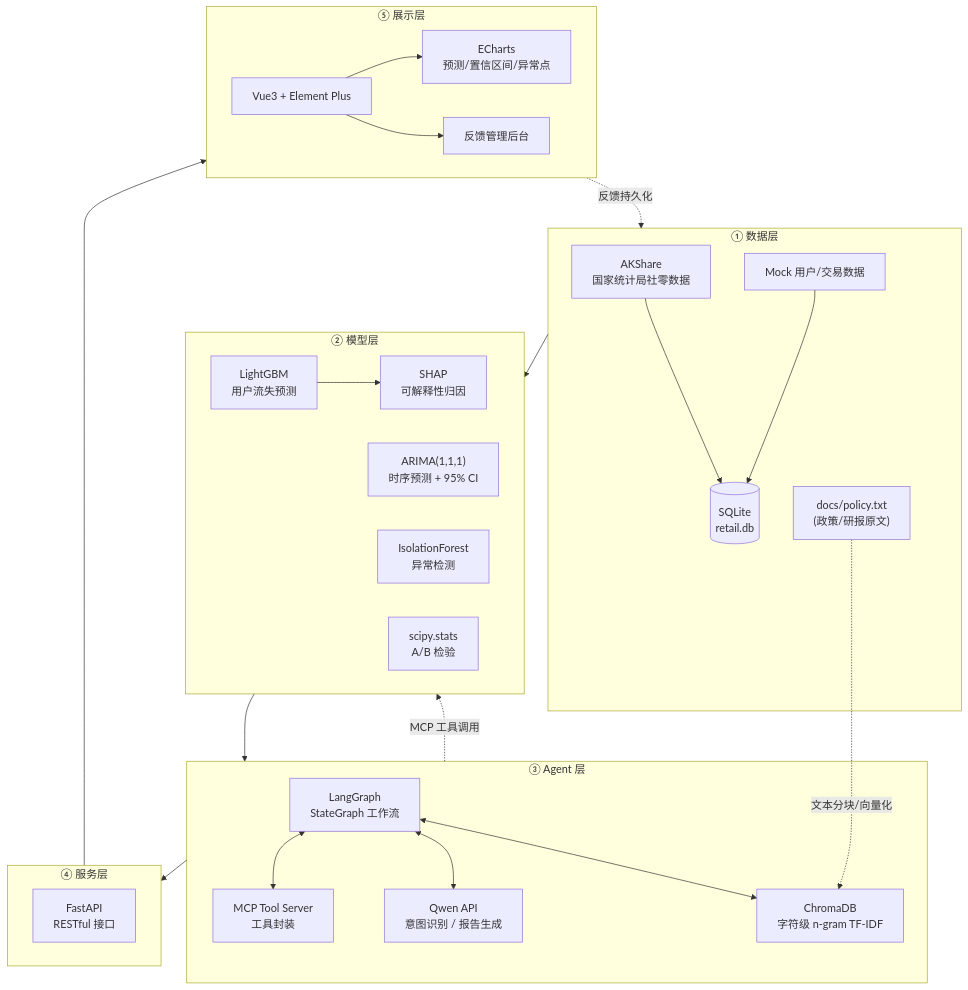
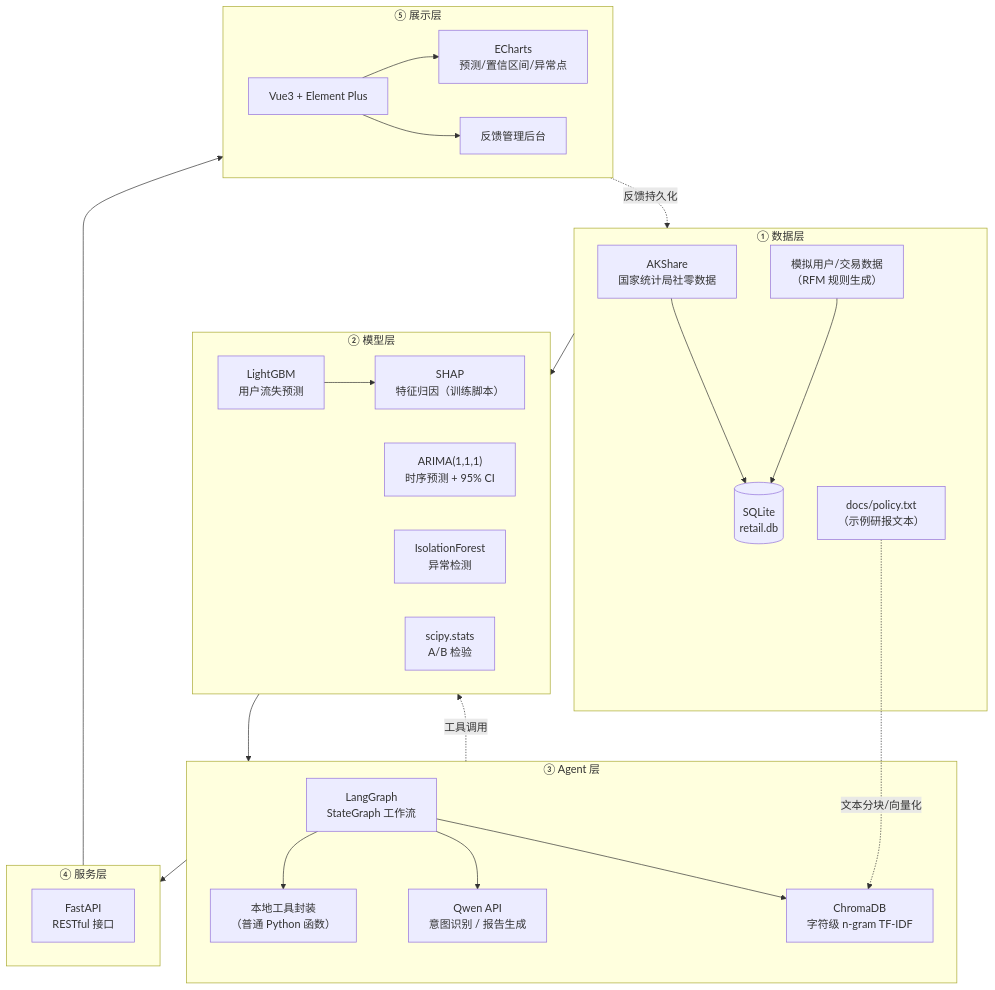
One commit to renyj-create/Retail-Macro-Forecast-AI changed the diagram in README.md. Above: the diagram before and after it, drawn with Mermaid. The commit also changed other lines of this file and 2 other files, not shown here.

````diff
--- a/README.md
+++ b/README.md
@@ -89,47 +108,47 @@
 ```mermaid
 flowchart TB
     subgraph Data["① 数据层"]
         A1["AKShare<br/>国家统计局社零数据"]
-        A2["Mock 用户/交易数据"]
+        A2["模拟用户/交易数据<br/>（RFM 规则生成）"]
         A3[("SQLite<br/>retail.db")]
-        A4["docs/policy.txt<br/>(政策/研报原文)"]
+        A4["docs/policy.txt<br/>（示例研报文本）"]
         A1 --> A3
         A2 --> A3
     end
 
     subgraph Model["② 模型层"]
         B1["LightGBM<br/>用户流失预测"]
-        B2["SHAP<br/>可解释性归因"]
+        B2["SHAP<br/>特征归因（训练脚本）"]
         B3["ARIMA(1,1,1)<br/>时序预测 + 95% CI"]
         B4["IsolationForest<br/>异常检测"]
         B5["scipy.stats<br/>A/B 检验"]
         B1 --> B2
     end
 
     subgraph Agent["③ Agent 层"]
         C1["LangGraph<br/>StateGraph 工作流"]
-        C2["MCP Tool Server<br/>工具封装"]
+        C2["本地工具封装<br/>（普通 Python 函数）"]
         C3["Qwen API<br/>意图识别 / 报告生成"]
         C4["ChromaDB<br/>字符级 n-gram TF-IDF"]
-        C1 <--> C2
-        C1 <--> C3
-        C1 <--> C4
+        C1 --> C2
+        C1 --> C3
+        C1 --> C4
         A4 -. 文本分块/向量化 .-> C4
     end
 
     subgraph Serve["④ 服务层"]
         D1["FastAPI<br/>RESTful 接口"]
     end
 
     subgraph Front["⑤ 展示层"]
         E1["Vue3 + Element Plus"]
         E2["ECharts<br/>预测/置信区间/异常点"]
         E3["反馈管理后台"]
         E1 --> E2
         E1 --> E3
     end
 
     Data --> Model --> Agent --> Serve --> Front
-    Agent -. MCP 工具调用 .-> Model
+    Agent -. 工具调用 .-> Model
     Front -. 反馈持久化 .-> Data
 ```
````
